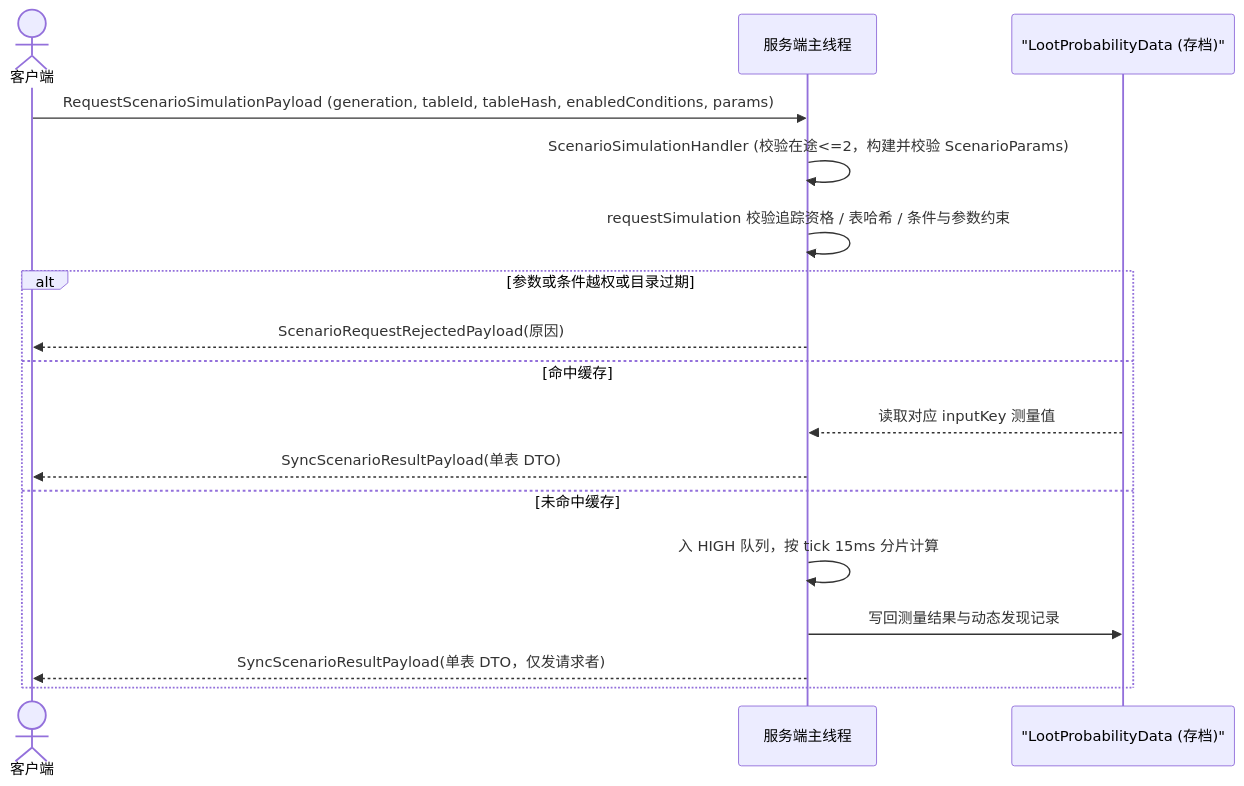
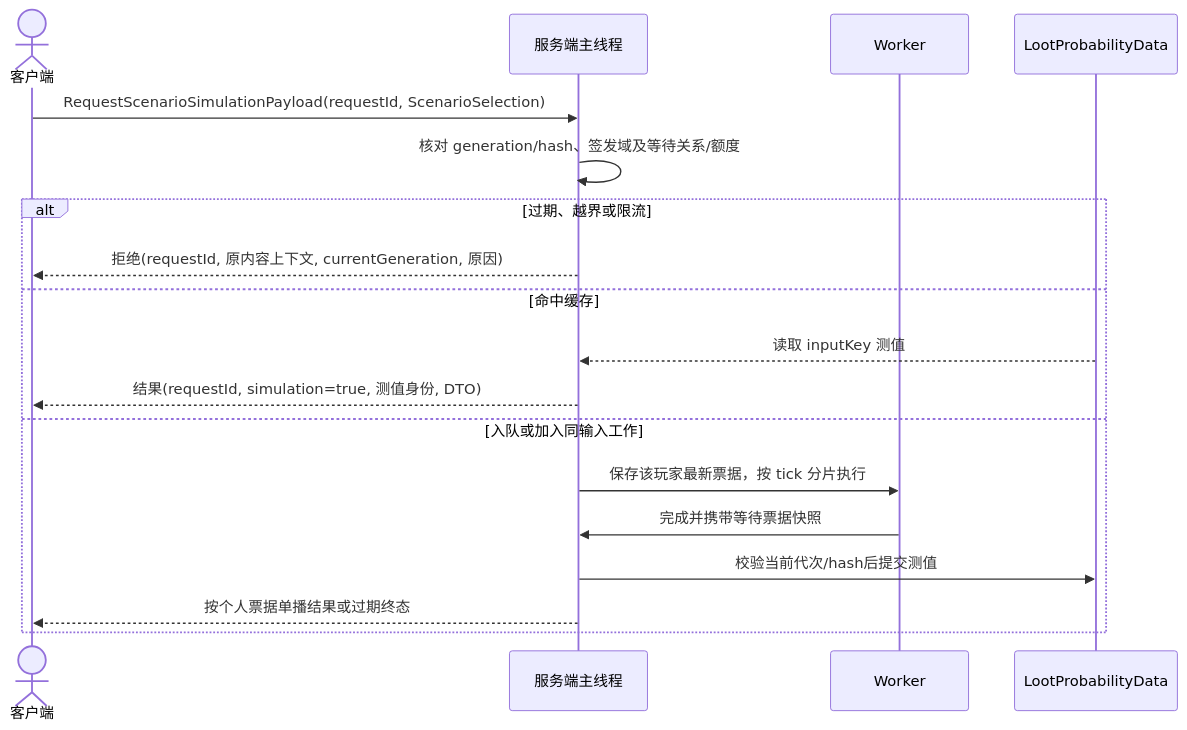
Before and after one commit to meteoritel/unsuspicious-block: the third of 3 diagrams in docs/dev/internals/loottable-mechanics.md, drawn with Mermaid. The commit also changed other lines of this file and 56 other files, not shown here.

````diff
--- a/docs/dev/internals/loottable-mechanics.md
+++ b/docs/dev/internals/loottable-mechanics.md
@@ -186,20 +190,21 @@
 ```mermaid
 sequenceDiagram
     actor C as 客户端
     participant S as 服务端主线程
-    participant D as "LootProbabilityData (存档)"
+    participant W as Worker
+    participant D as LootProbabilityData
 
-    C->>S: RequestScenarioSimulationPayload (generation, tableId, tableHash, enabledConditions, params)
-    S->>S: ScenarioSimulationHandler (校验在途<=2，构建并校验 ScenarioParams)
-    S->>S: requestSimulation 校验追踪资格 / 表哈希 / 条件与参数约束
-    alt 参数或条件越权或目录过期
-        S-->>C: ScenarioRequestRejectedPayload(原因)
+    C->>S: RequestScenarioSimulationPayload(requestId, ScenarioSelection)
+    S->>S: 核对 generation/hash、签发域及等待关系/额度
+    alt 过期、越界或限流
+        S-->>C: 拒绝(requestId, 原内容上下文, currentGeneration, 原因)
     else 命中缓存
-        D-->>S: 读取对应 inputKey 测量值
-        S-->>C: SyncScenarioResultPayload(单表 DTO)
-    else 未命中缓存
-        S->>S: 入 HIGH 队列，按 tick 15ms 分片计算
-        S->>D: 写回测量结果与动态发现记录
-        S-->>C: SyncScenarioResultPayload(单表 DTO，仅发请求者)
+        D-->>S: 读取 inputKey 测值
+        S-->>C: 结果(requestId, simulation=true, 测值身份, DTO)
+    else 入队或加入同输入工作
+        S->>W: 保存该玩家最新票据，按 tick 分片执行
+        W->>S: 完成并携带等待票据快照
+        S->>D: 校验当前代次/hash后提交测值
+        S-->>C: 按个人票据单播结果或过期终态
     end
 ```
````
